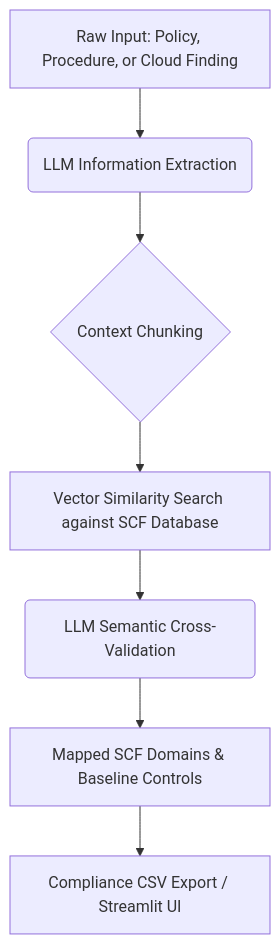
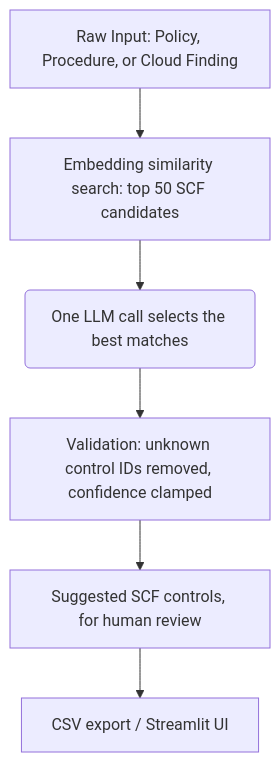
One commit to tvobrachini/scf-auto-crosswalker changed the diagram in README.md. Above: the diagram before and after it, drawn with Mermaid. The commit also changed other lines of this file and 3 other files, not shown here.

Commit message:
Docs: align with code (Llama 3.1 8B, retrieval flow), remove hype, label samples, add SECURITY.md

````diff
--- a/README.md
+++ b/README.md
@@ -21,9 +21,8 @@
 ```mermaid
 graph TD
-    A[Raw Input: Policy, Procedure, or Cloud Finding] --> B(LLM Information Extraction)
-    B --> C{Context Chunking}
-    C --> D[Vector Similarity Search against SCF Database]
-    D --> E(LLM Semantic Cross-Validation)
-    E --> F[Mapped SCF Domains & Baseline Controls]
-    F --> G[Compliance CSV Export / Streamlit UI]
+    A[Raw Input: Policy, Procedure, or Cloud Finding] --> B[Embedding similarity search: top 50 SCF candidates]
+    B --> C(One LLM call selects the best matches)
+    C --> D[Validation: unknown control IDs removed, confidence clamped]
+    D --> E[Suggested SCF controls, for human review]
+    E --> F[CSV export / Streamlit UI]
 ```
````
